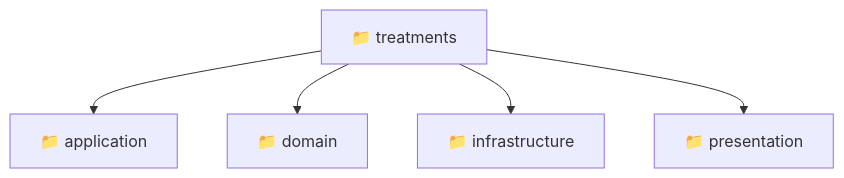
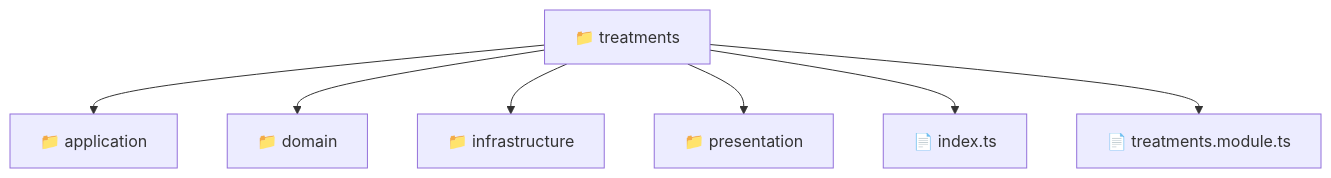
The diagram in backend/src/modules/treatments/README.md (beginwebdev2002/fullstack-mavluda), drawn with Mermaid before and after one commit. The commit also changed other lines of this file and 165 other files, not shown here.

First line of the commit message:
docs: generate localized architectural READMEs

````diff
--- a/backend/src/modules/treatments/README.md
+++ b/backend/src/modules/treatments/README.md
@@ -10,8 +9,10 @@
 ```mermaid
 graph TD
-  Root["📁 treatments"]
-  Root --> application["📁 application"]
-  Root --> domain["📁 domain"]
-  Root --> infrastructure["📁 infrastructure"]
-  Root --> presentation["📁 presentation"]
+  treatments["📁 treatments"]
+  treatments --> application["📁 application"]
+  treatments --> domain["📁 domain"]
+  treatments --> infrastructure["📁 infrastructure"]
+  treatments --> presentation["📁 presentation"]
+  treatments --> index_ts["📄 index.ts"]
+  treatments --> treatments_module_ts["📄 treatments.module.ts"]
 ```
````
